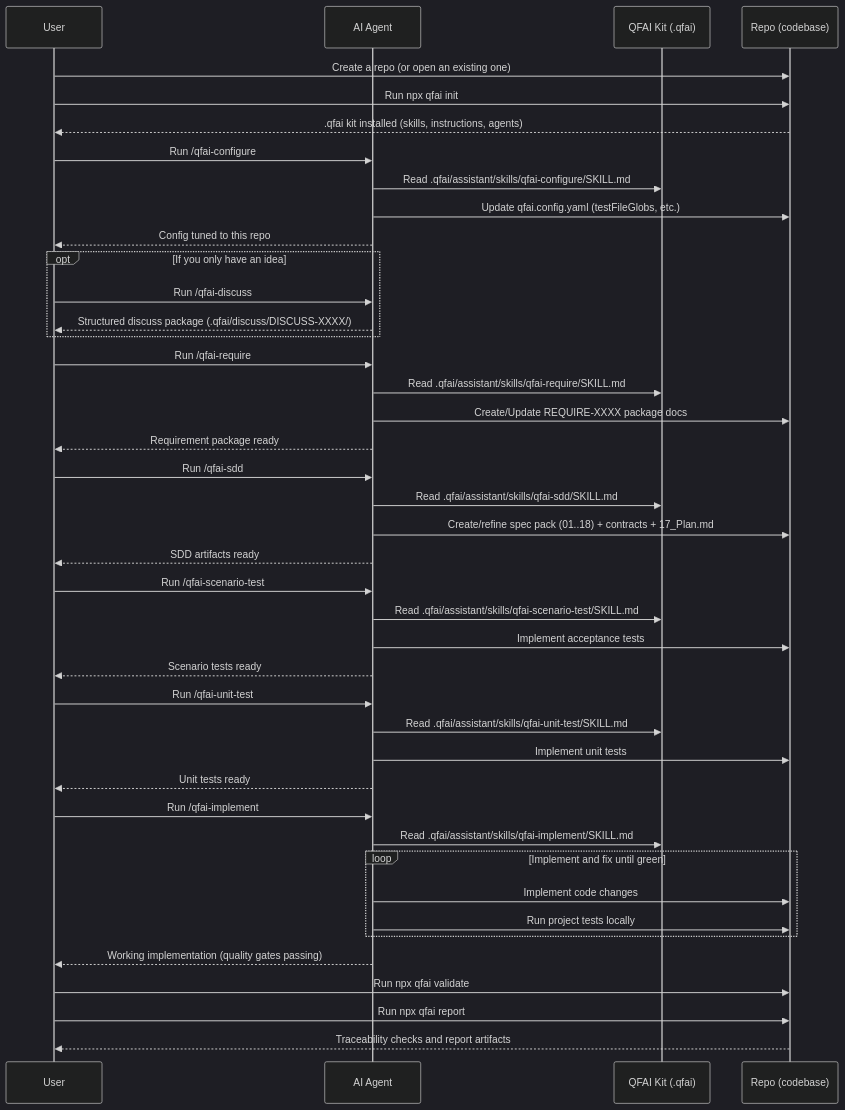
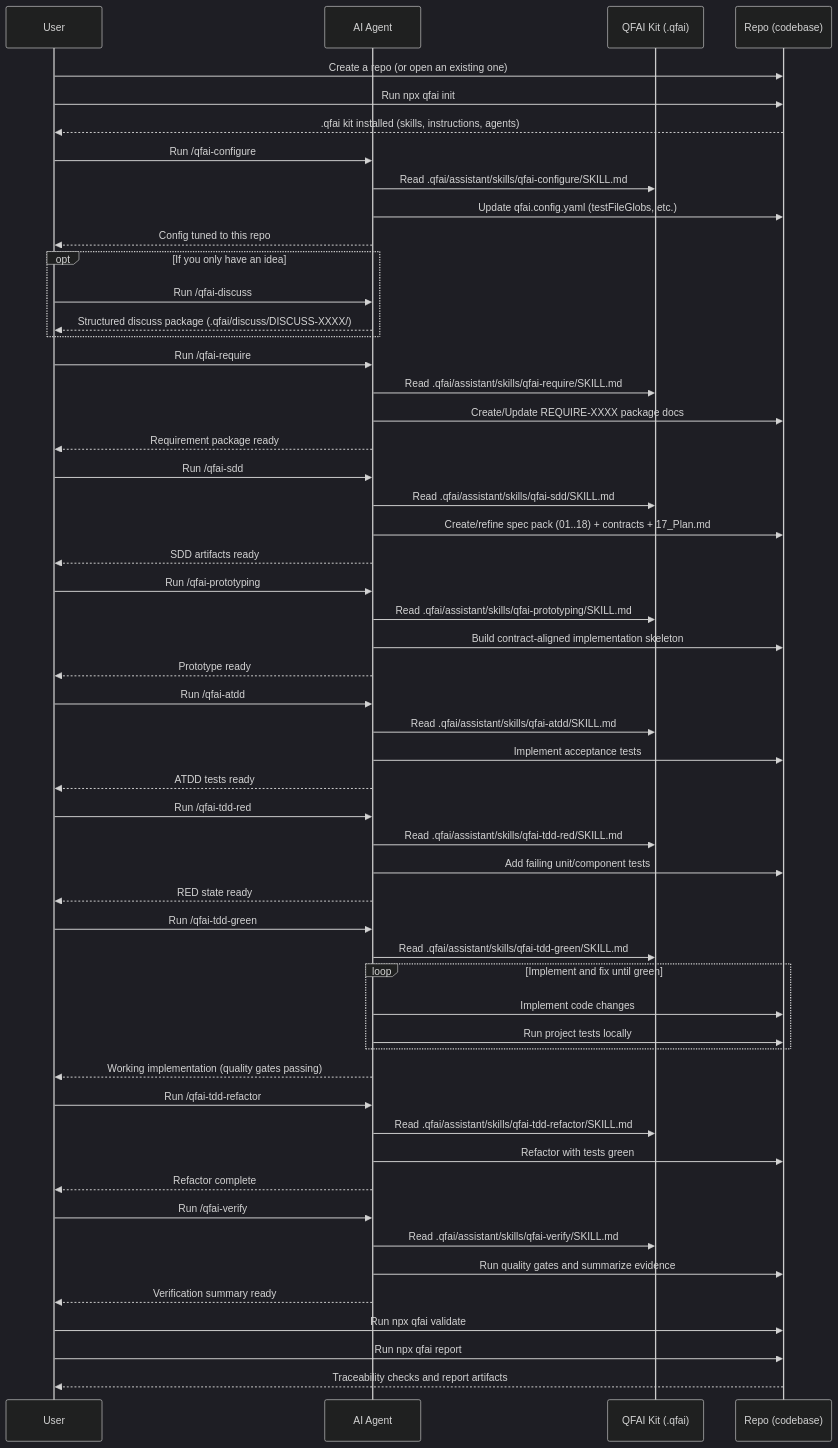
Before and after one commit to aganesy/QFAI: the first of 2 diagrams in README.md, drawn with Mermaid (dark theme). The commit also changed other lines of this file and 139 other files, not shown here.

````diff
--- a/README.md
+++ b/README.md
@@ -72,53 +72,68 @@
 ```mermaid
 sequenceDiagram
 participant U as User
 participant AG as AI Agent
 participant Q as QFAI Kit (.qfai)
 participant R as Repo (codebase)
 
 U->>R: Create a repo (or open an existing one)
 U->>R: Run npx qfai init
 R-->>U: .qfai kit installed (skills, instructions, agents)
 
 U->>AG: Run /qfai-configure
 AG->>Q: Read .qfai/assistant/skills/qfai-configure/SKILL.md
 AG->>R: Update qfai.config.yaml (testFileGlobs, etc.)
 AG-->>U: Config tuned to this repo
 
 opt If you only have an idea
 U->>AG: Run /qfai-discuss
 AG-->>U: Structured discuss package (.qfai/discuss/DISCUSS-XXXX/)
 end
 
 U->>AG: Run /qfai-require
 AG->>Q: Read .qfai/assistant/skills/qfai-require/SKILL.md
 AG->>R: Create/Update REQUIRE-XXXX package docs
 AG-->>U: Requirement package ready
 
 U->>AG: Run /qfai-sdd
 AG->>Q: Read .qfai/assistant/skills/qfai-sdd/SKILL.md
 AG->>R: Create/refine spec pack (01..18) + contracts + 17_Plan.md
 AG-->>U: SDD artifacts ready
 
-U->>AG: Run /qfai-scenario-test
-AG->>Q: Read .qfai/assistant/skills/qfai-scenario-test/SKILL.md
+U->>AG: Run /qfai-prototyping
+AG->>Q: Read .qfai/assistant/skills/qfai-prototyping/SKILL.md
+AG->>R: Build contract-aligned implementation skeleton
+AG-->>U: Prototype ready
+
+U->>AG: Run /qfai-atdd
+AG->>Q: Read .qfai/assistant/skills/qfai-atdd/SKILL.md
 AG->>R: Implement acceptance tests
-AG-->>U: Scenario tests ready
+AG-->>U: ATDD tests ready
 
-U->>AG: Run /qfai-unit-test
-AG->>Q: Read .qfai/assistant/skills/qfai-unit-test/SKILL.md
-AG->>R: Implement unit tests
-AG-->>U: Unit tests ready
+U->>AG: Run /qfai-tdd-red
+AG->>Q: Read .qfai/assistant/skills/qfai-tdd-red/SKILL.md
+AG->>R: Add failing unit/component tests
+AG-->>U: RED state ready
 
-U->>AG: Run /qfai-implement
-AG->>Q: Read .qfai/assistant/skills/qfai-implement/SKILL.md
+U->>AG: Run /qfai-tdd-green
+AG->>Q: Read .qfai/assistant/skills/qfai-tdd-green/SKILL.md
 loop Implement and fix until green
 AG->>R: Implement code changes
 AG->>R: Run project tests locally
 end
 AG-->>U: Working implementation (quality gates passing)
 
+U->>AG: Run /qfai-tdd-refactor
+AG->>Q: Read .qfai/assistant/skills/qfai-tdd-refactor/SKILL.md
+AG->>R: Refactor with tests green
+AG-->>U: Refactor complete
+
+U->>AG: Run /qfai-verify
+AG->>Q: Read .qfai/assistant/skills/qfai-verify/SKILL.md
+AG->>R: Run quality gates and summarize evidence
+AG-->>U: Verification summary ready
+
 U->>R: Run npx qfai validate
 U->>R: Run npx qfai report
 R-->>U: Traceability checks and report artifacts
 ```
````
